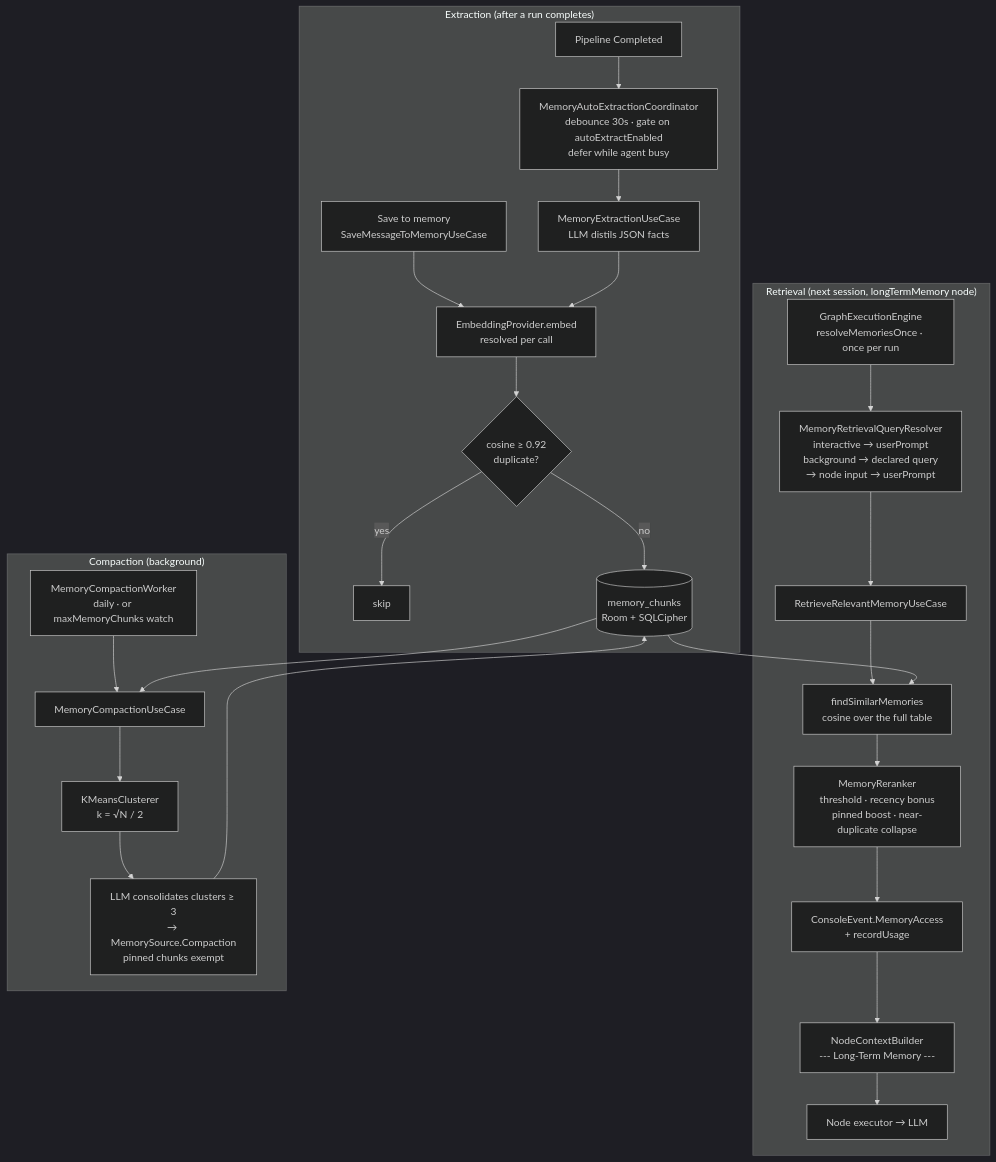
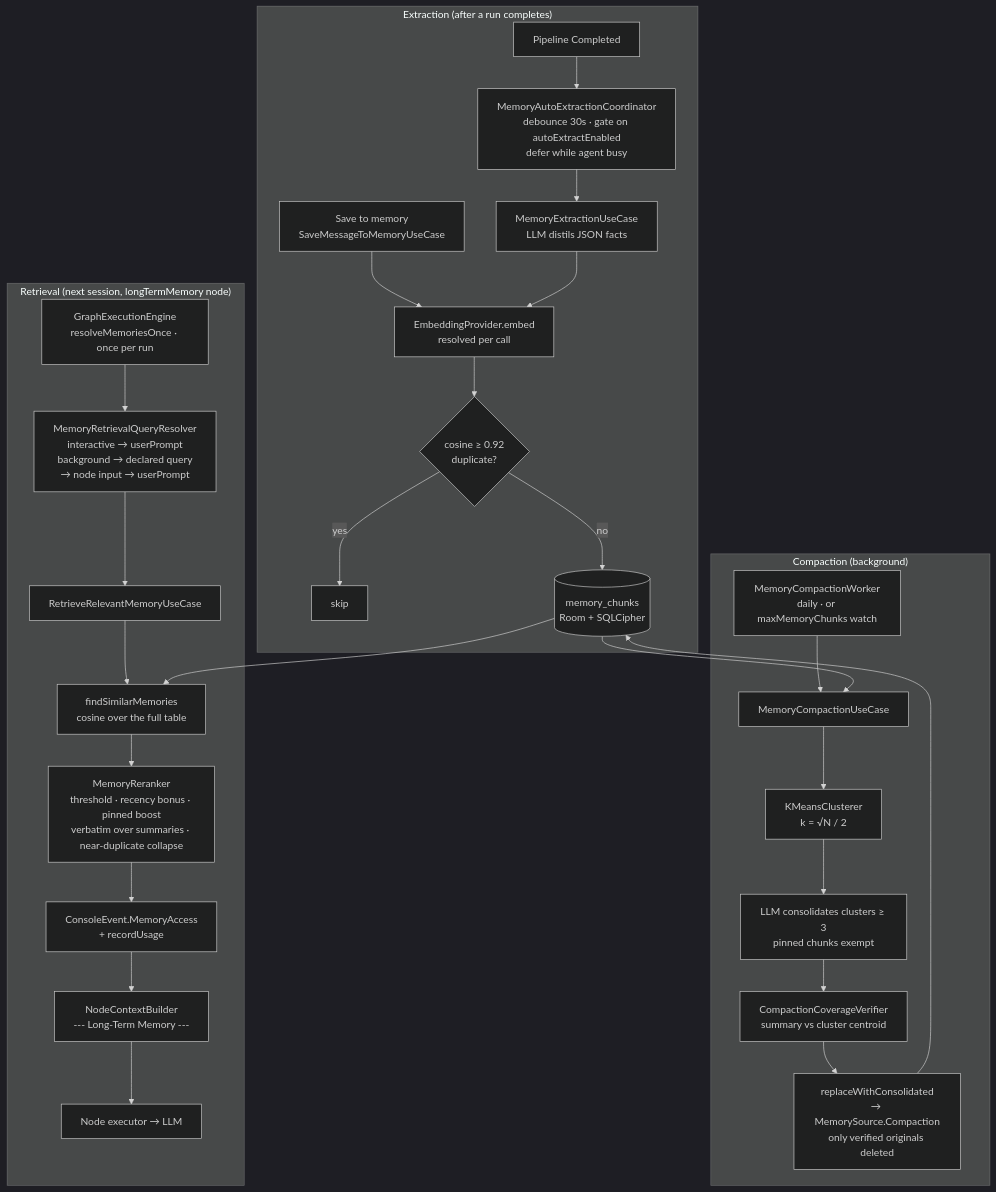
Before and after one commit to alexeyw/PersonalAndroidAIAgent: the third of 8 diagrams in docs/architecture.md, drawn with Mermaid (dark theme). The commit also changed other lines of this file and 20 other files, not shown here.

````diff
--- a/docs/architecture.md
+++ b/docs/architecture.md
@@ -290,31 +290,33 @@
 ```mermaid
 flowchart TB
     subgraph Extraction["Extraction (after a run completes)"]
         Done[Pipeline Completed] --> Coord[MemoryAutoExtractionCoordinator<br/>debounce 30s · gate on autoExtractEnabled<br/>defer while agent busy]
         Coord --> Extract[MemoryExtractionUseCase<br/>LLM distils JSON facts]
         Manual[Save to memory<br/>SaveMessageToMemoryUseCase] --> Embed
         Extract --> Embed[EmbeddingProvider.embed<br/>resolved per call]
         Embed --> Dedup{cosine ≥ 0.92<br/>duplicate?}
         Dedup -- yes --> Drop[skip]
         Dedup -- no --> Store[(memory_chunks<br/>Room + SQLCipher)]
     end
 
     subgraph Retrieval["Retrieval (next session, longTermMemory node)"]
         Engine[GraphExecutionEngine<br/>resolveMemoriesOnce · once per run] --> Key[MemoryRetrievalQueryResolver<br/>interactive → userPrompt<br/>background → declared query<br/>→ node input → userPrompt]
         Key --> Retrieve[RetrieveRelevantMemoryUseCase]
         Retrieve --> Search[findSimilarMemories<br/>cosine over the full table]
         Store --> Search
-        Search --> Rerank[MemoryReranker<br/>threshold · recency bonus<br/>pinned boost · near-duplicate collapse]
+        Search --> Rerank[MemoryReranker<br/>threshold · recency bonus · pinned boost<br/>verbatim over summaries · near-duplicate collapse]
         Rerank --> Console[ConsoleEvent.MemoryAccess<br/>+ recordUsage]
         Console --> Block[NodeContextBuilder<br/>--- Long-Term Memory ---]
         Block --> LLM[Node executor → LLM]
     end
 
     subgraph Compaction["Compaction (background)"]
         Worker[MemoryCompactionWorker<br/>daily · or maxMemoryChunks watch] --> Compact[MemoryCompactionUseCase]
         Store --> Compact
         Compact --> Cluster[KMeansClusterer<br/>k = √N / 2]
-        Cluster --> Consolidate[LLM consolidates clusters ≥ 3<br/>→ MemorySource.Compaction<br/>pinned chunks exempt]
-        Consolidate --> Store
+        Cluster --> Consolidate[LLM consolidates clusters ≥ 3<br/>pinned chunks exempt]
+        Consolidate --> Verify[CompactionCoverageVerifier<br/>summary vs cluster centroid]
+        Verify --> Replace[replaceWithConsolidated<br/>→ MemorySource.Compaction<br/>only verified originals deleted]
+        Replace --> Store
     end
 ```
````
